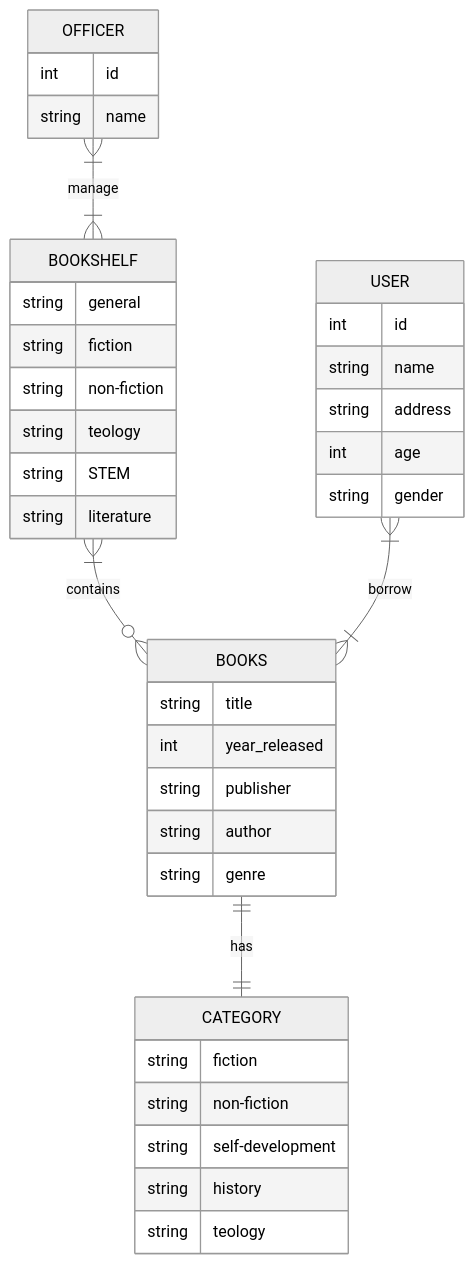
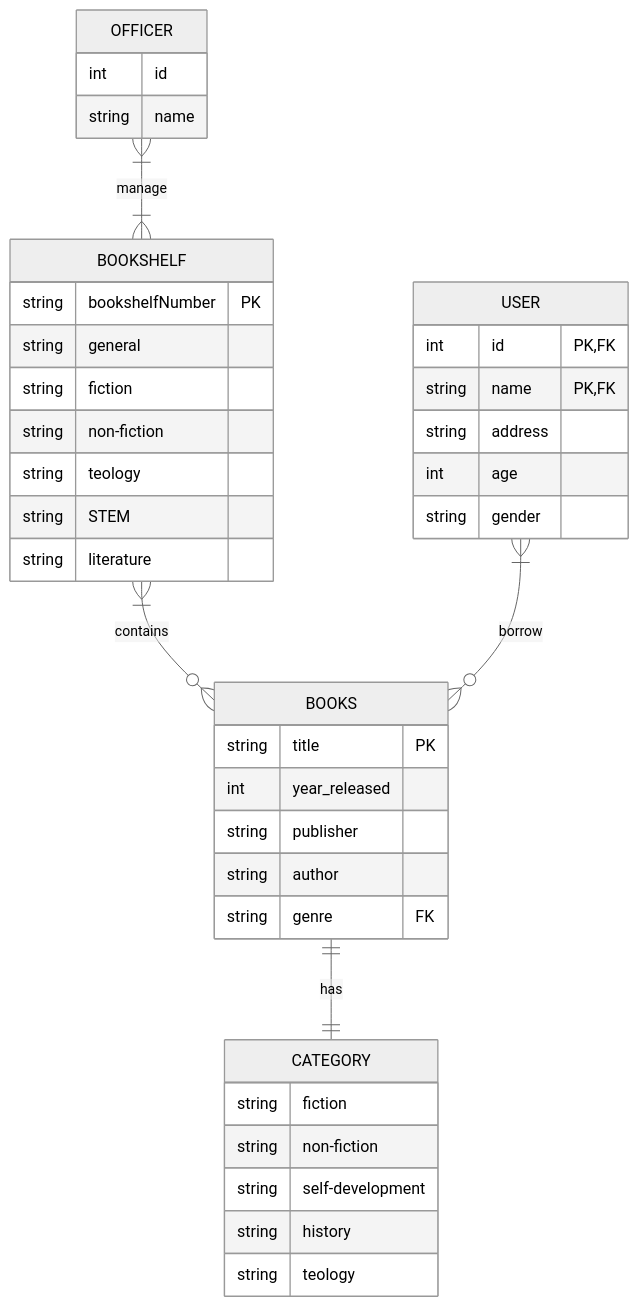
One commit to mslthn/koda-b6-db1 changed the diagram in README.md. Above: the diagram before and after it, drawn with Mermaid (neutral theme).

Commit message:
chore: make an attibute to be a primary key or foreign key

````diff
--- a/README.md
+++ b/README.md
@@ -9,48 +9,49 @@
 ```mermaid
 
 erDiagram
     direction TB
     
     BOOKS {
-        string title
+        string title PK
         int year_released
         string publisher
         string author
-        string genre
+        string genre FK
     }
 
     CATEGORY {
-        string fiction
+        string fiction 
         string non-fiction
         string self-development
         string history
         string teology
     }
 
     BOOKSHELF {
+        string bookshelfNumber PK
         string general
         string fiction
         string non-fiction
         string teology
         string STEM
         string literature
     }
 
     OFFICER {
         int id
         string name
     }
 
     USER {
-        int id
-        string name
+        int id PK, FK
+        string name PK, FK
         string address
         int age
         string gender
     }
 
 BOOKS ||--|| CATEGORY : has 
 BOOKSHELF }|--o{ BOOKS : contains
 OFFICER }|--|{ BOOKSHELF : manage
-USER }|--|{ BOOKS : borrow
+USER }|--o{ BOOKS : borrow
 ```
````
